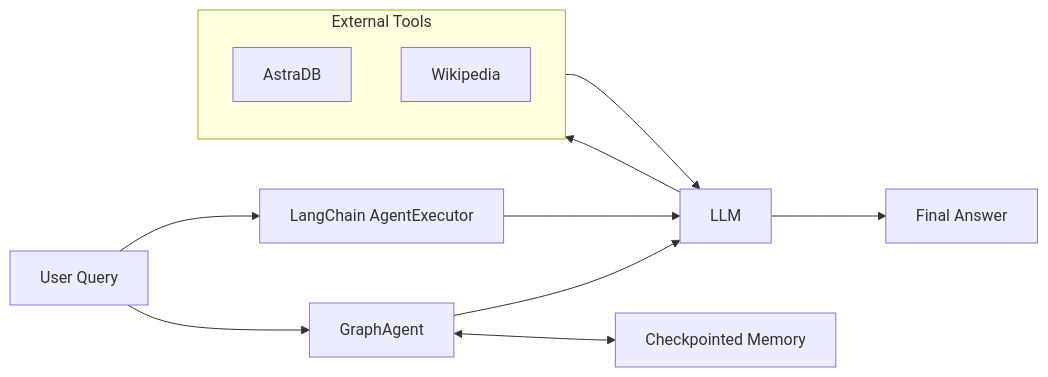
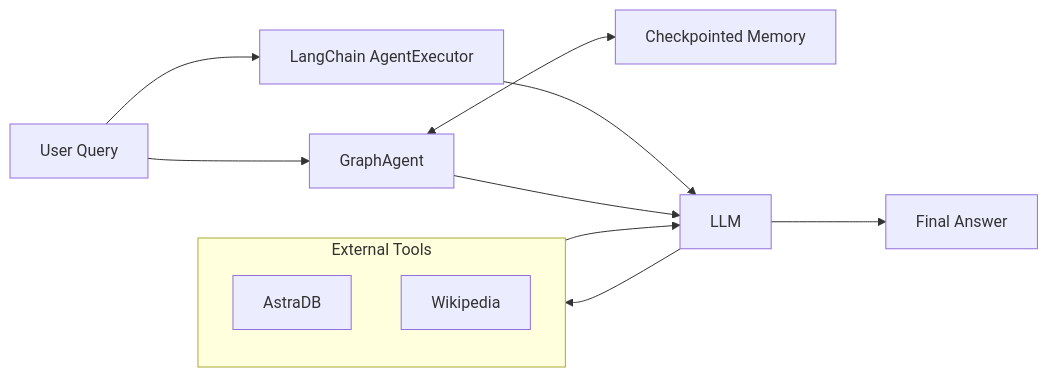
One commit to AmanShaikh-IN/Stateful-Agent-System changed the diagram in README.md. Above: the diagram before and after it, drawn with Mermaid.

````diff
--- a/README.md
+++ b/README.md
@@ -26,30 +26,26 @@
 ```mermaid
 flowchart LR
     U["User Query"]
     LC_AGENT["LangChain AgentExecutor"]
     LG_AGENT["GraphAgent"]
     MEM["Checkpointed Memory"]
 
     subgraph TOOLS["External Tools"]
         VS["AstraDB"]
         WK["Wikipedia"]
     end
 
     LLM["LLM"]
     RESP["Final Answer"]
 
     U --> LC_AGENT
     U --> LG_AGENT
 
+    LG_AGENT <--> MEM
     LC_AGENT --> LLM
     LG_AGENT --> LLM
-
-    LG_AGENT <--> MEM
-
     LLM --> TOOLS
-
     TOOLS --> LLM
-
     LLM --> RESP
 
 ``` 
````
